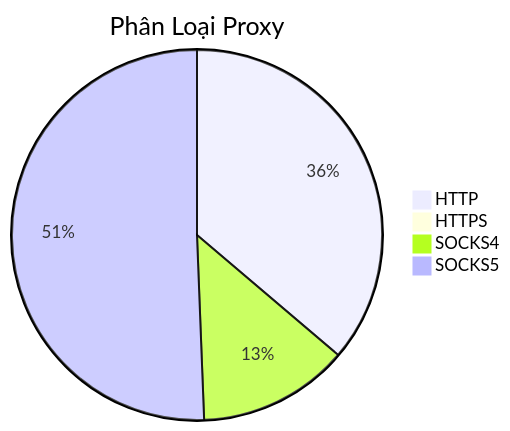
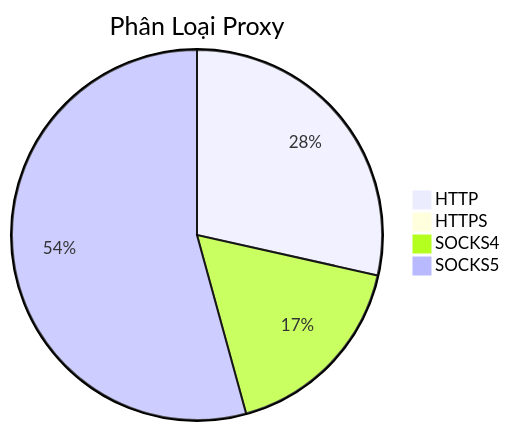
Before and after one commit to Ciara-12/PROXY-free: the diagram in README.md, drawn with Mermaid. The commit also changed other lines of this file and 3 other files, not shown here.

````diff
--- a/README.md
+++ b/README.md
@@ -26,7 +26,7 @@
 ```mermaid
 pie title Phân Loại Proxy
-    "HTTP" : 1149
+    "HTTP" : 904
     "HTTPS" : 2
-    "SOCKS4" : 418
-    "SOCKS5" : 1606
+    "SOCKS4" : 546
+    "SOCKS5" : 1721
 ```
````
